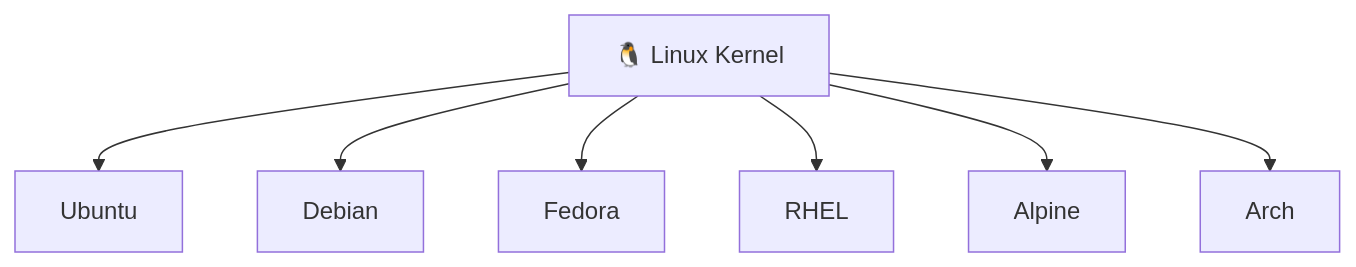
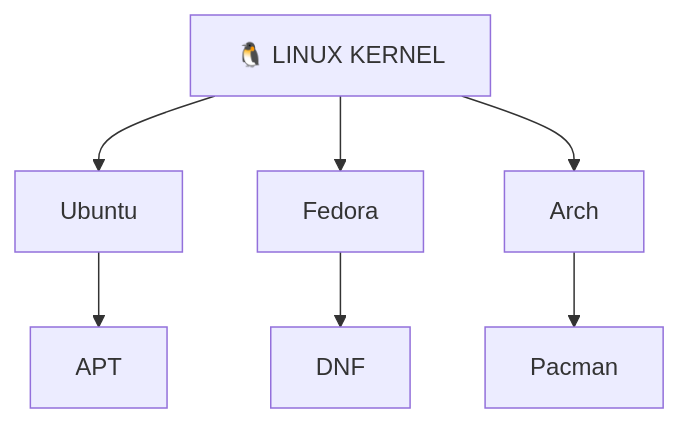
Before and after one commit to Yuvii2102/My-Devops-Cloud-Journey: the second of 2 diagrams in Linux/02-Fundamentals-Of-Linux/README.md, drawn with Mermaid. The commit also changed other lines of this file, not shown here.

````diff
--- a/Linux/02-Fundamentals-Of-Linux/README.md
+++ b/Linux/02-Fundamentals-Of-Linux/README.md
@@ -925,18 +1361,21 @@
 ```mermaid
 flowchart TD
-    K["🐧 Linux Kernel"]
+
+    K["🐧 LINUX KERNEL"]
 
     U["Ubuntu"]
-    D["Debian"]
     F["Fedora"]
-    R["RHEL"]
-    A["Alpine"]
-    AR["Arch"]
+    A["Arch"]
+
+    APT["APT"]
+    DNF["DNF"]
+    PAC["Pacman"]
 
     K --> U
-    K --> D
     K --> F
-    K --> R
     K --> A
-    K --> AR
+
+    U --> APT
+    F --> DNF
+    A --> PAC
 ```
````
